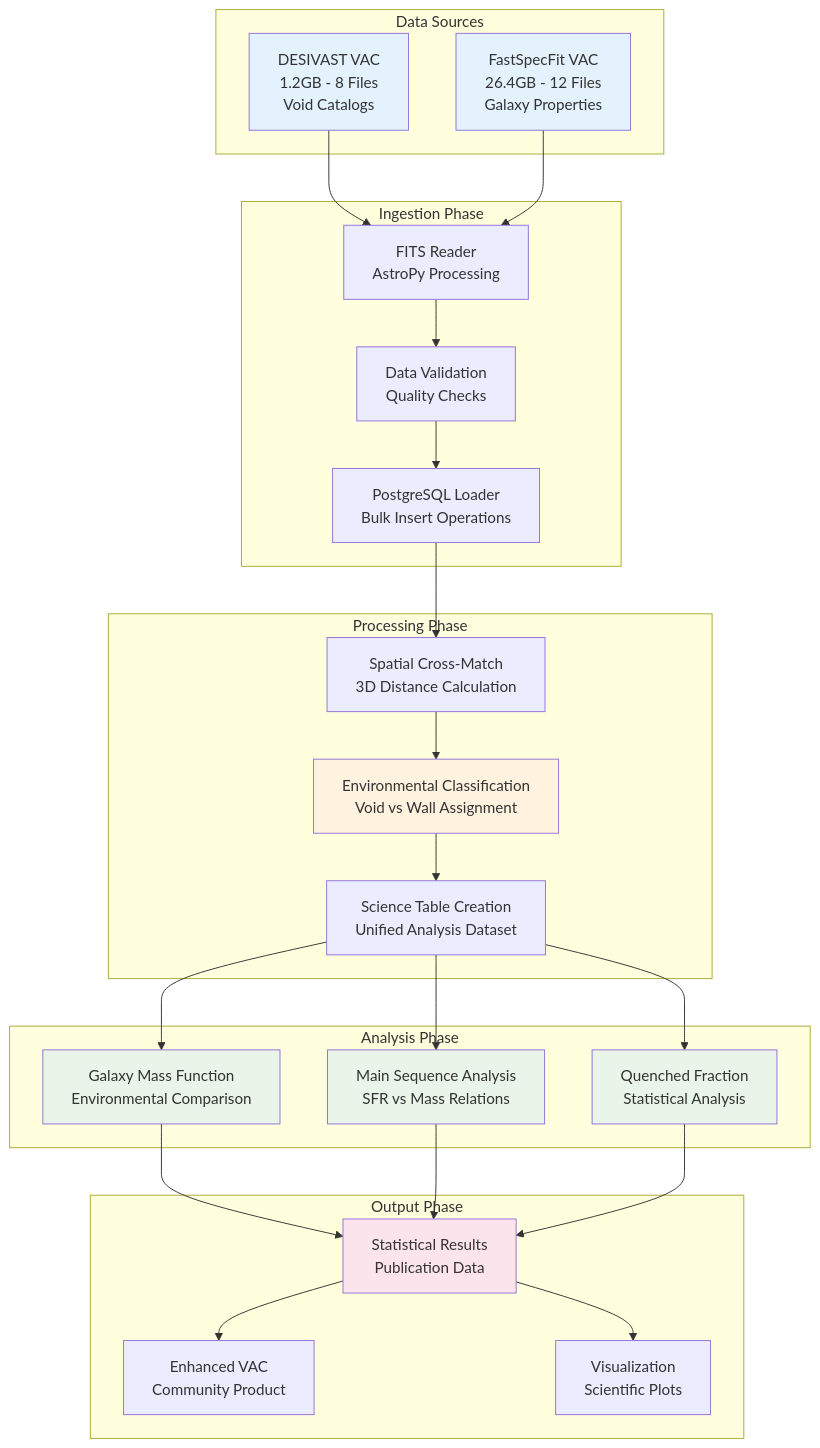
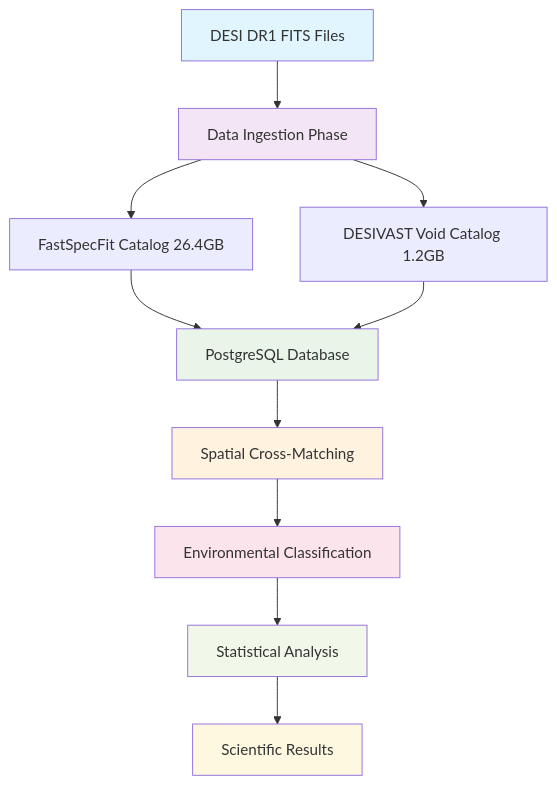
One commit to Pxomox-Astronomy-Lab/desi-cosmic-void-galaxies changed the diagram in docs/data-pipeline-design.md. Above: the diagram before and after it, drawn with Mermaid. The commit also changed other lines of this file and 15 other files, not shown here.

````diff
--- a/docs/data-pipeline-design.md
+++ b/docs/data-pipeline-design.md
@@ -121,55 +122,20 @@
 ```mermaid
 graph TD
-    subgraph "Data Sources"
-        DS1[DESIVAST VAC<br/>1.2GB - 8 Files<br/>Void Catalogs]
-        DS2[FastSpecFit VAC<br/>26.4GB - 12 Files<br/>Galaxy Properties]
-    end
+    A[DESI DR1 FITS Files] --> B[Data Ingestion Phase]
+    B --> C[FastSpecFit Catalog 26.4GB]
+    B --> D[DESIVAST Void Catalog 1.2GB]
+    C --> E[PostgreSQL Database]
+    D --> E
+    E --> F[Spatial Cross-Matching]
+    F --> G[Environmental Classification]
+    G --> H[Statistical Analysis]
+    H --> I[Scientific Results]
     
-    subgraph "Ingestion Phase"
-        I1[FITS Reader<br/>AstroPy Processing]
-        I2[Data Validation<br/>Quality Checks]
-        I3[PostgreSQL Loader<br/>Bulk Insert Operations]
-    end
-    
-    subgraph "Processing Phase"
-        P1[Spatial Cross-Match<br/>3D Distance Calculation]
-        P2[Environmental Classification<br/>Void vs Wall Assignment]
-        P3[Science Table Creation<br/>Unified Analysis Dataset]
-    end
-    
-    subgraph "Analysis Phase"
-        A1[Galaxy Mass Function<br/>Environmental Comparison]
-        A2[Main Sequence Analysis<br/>SFR vs Mass Relations]
-        A3[Quenched Fraction<br/>Statistical Analysis]
-    end
-    
-    subgraph "Output Phase"
-        O1[Statistical Results<br/>Publication Data]
-        O2[Enhanced VAC<br/>Community Product]
-        O3[Visualization<br/>Scientific Plots]
-    end
-    
-    DS1 --> I1
-    DS2 --> I1
-    I1 --> I2
-    I2 --> I3
-    I3 --> P1
-    P1 --> P2
-    P2 --> P3
-    P3 --> A1
-    P3 --> A2
-    P3 --> A3
-    A1 --> O1
-    A2 --> O1
-    A3 --> O1
-    O1 --> O2
-    O1 --> O3
-    
-    style DS1 fill:#e3f2fd
-    style DS2 fill:#e3f2fd
-    style P2 fill:#fff3e0
-    style A1 fill:#e8f5e8
-    style A2 fill:#e8f5e8
-    style A3 fill:#e8f5e8
-    style O1 fill:#fce4ec
+    style A fill:#e1f5fe
+    style B fill:#f3e5f5
+    style E fill:#e8f5e8
+    style F fill:#fff3e0
+    style G fill:#fce4ec
+    style H fill:#f1f8e9
+    style I fill:#fff8e1
 ```
````
